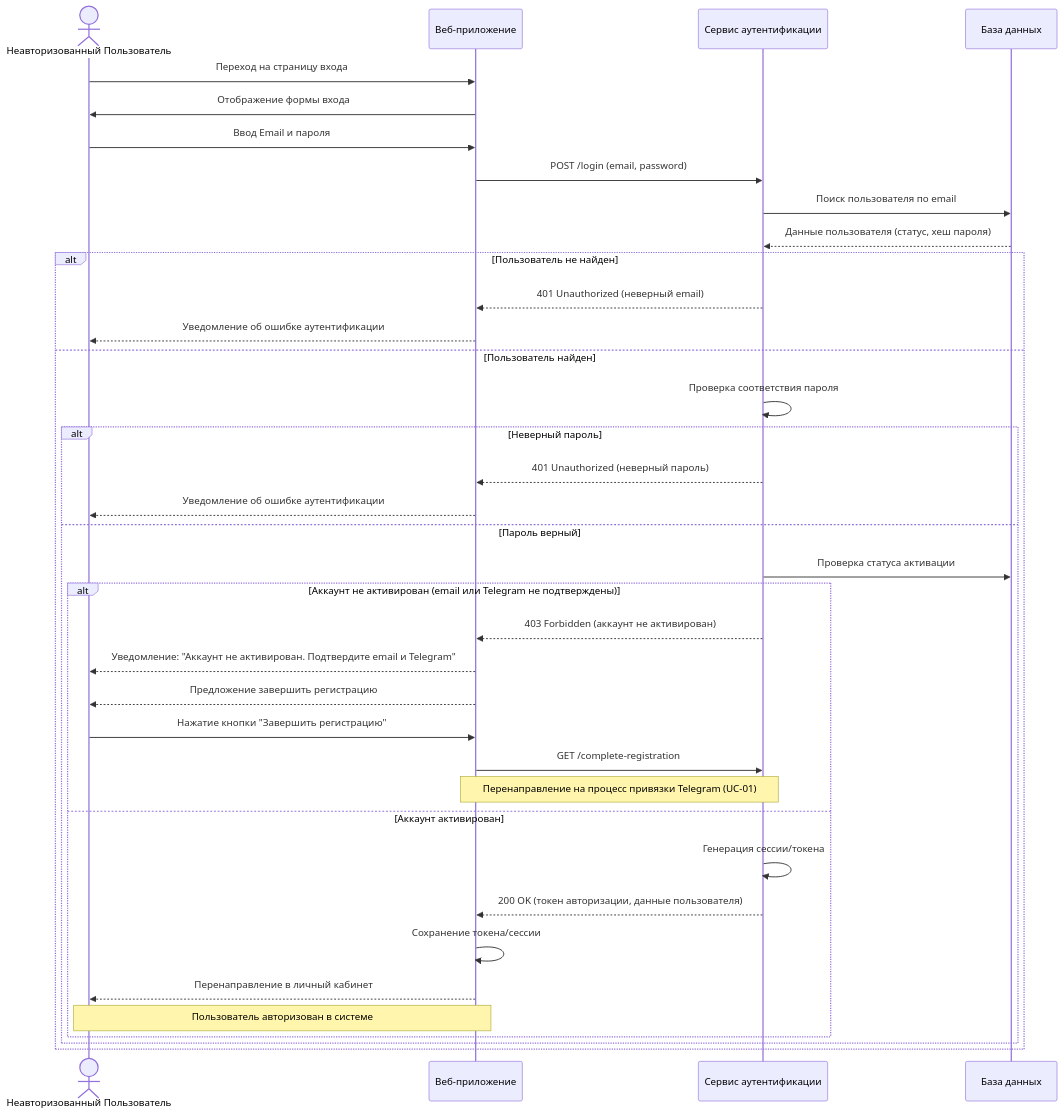
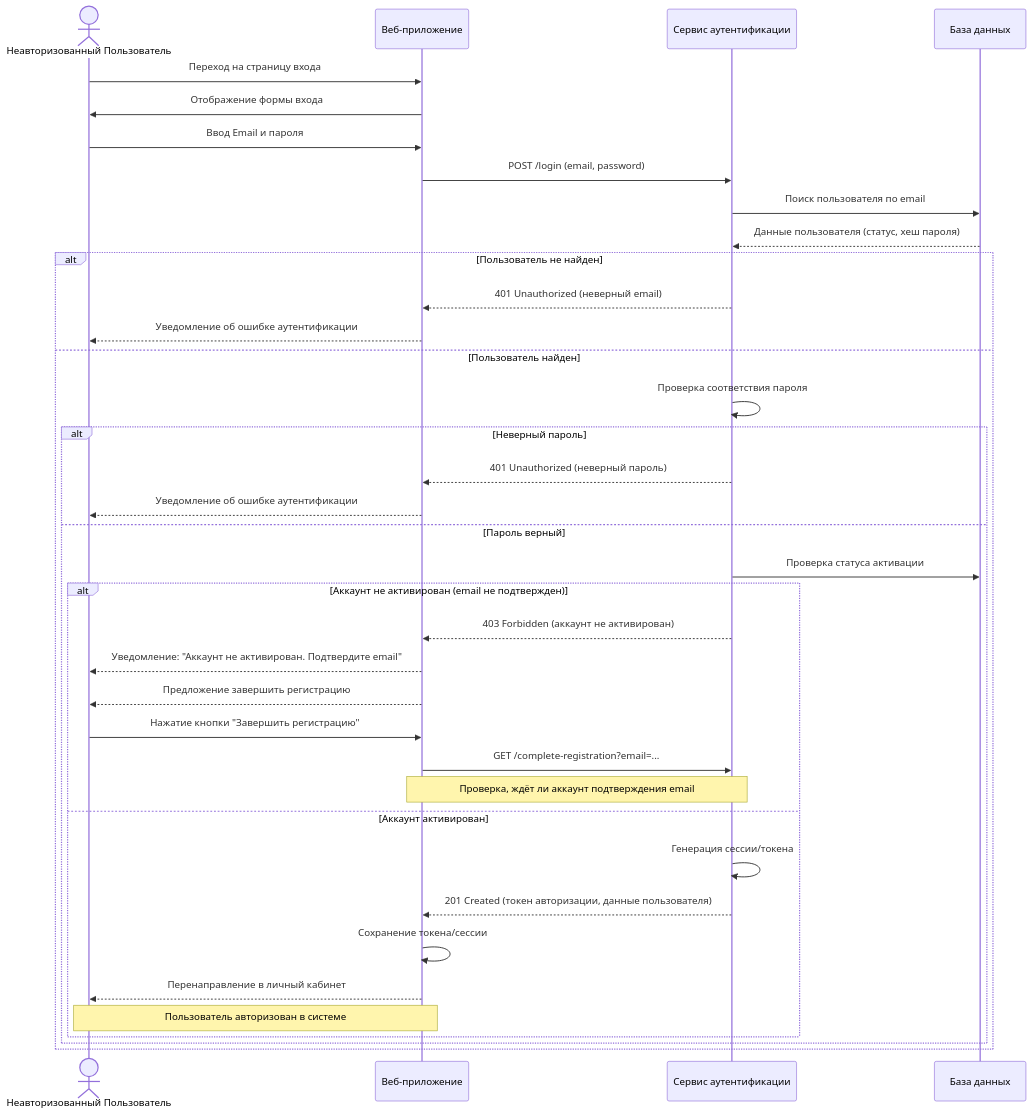
Before and after one commit to Rento-devteam/Rento: the diagram in docs/sequence/UC-02.md, drawn with Mermaid. The commit also changed 6 other files, not shown here.

````diff
--- a/docs/sequence/UC-02.md
+++ b/docs/sequence/UC-02.md
@@ -1,46 +1,46 @@
 ```mermaid
     sequenceDiagram
     actor User as Неавторизованный Пользователь
     participant WebApp as Веб-приложение
     participant AuthService as Сервис аутентификации
     participant Database as База данных
 
     User->>WebApp: Переход на страницу входа
     WebApp->>User: Отображение формы входа
     
     User->>WebApp: Ввод Email и пароля
     WebApp->>AuthService: POST /login (email, password)
     
     AuthService->>Database: Поиск пользователя по email
     Database-->>AuthService: Данные пользователя (статус, хеш пароля)
     
     alt Пользователь не найден
         AuthService-->>WebApp: 401 Unauthorized (неверный email)
         WebApp-->>User: Уведомление об ошибке аутентификации
     else Пользователь найден
         AuthService->>AuthService: Проверка соответствия пароля
         
         alt Неверный пароль
             AuthService-->>WebApp: 401 Unauthorized (неверный пароль)
             WebApp-->>User: Уведомление об ошибке аутентификации
         else Пароль верный
             AuthService->>Database: Проверка статуса активации
             
-            alt Аккаунт не активирован (email или Telegram не подтверждены)
+            alt Аккаунт не активирован (email не подтвержден)
                 AuthService-->>WebApp: 403 Forbidden (аккаунт не активирован)
-                WebApp-->>User: Уведомление: "Аккаунт не активирован. Подтвердите email и Telegram"
+                WebApp-->>User: Уведомление: "Аккаунт не активирован. Подтвердите email"
                 WebApp-->>User: Предложение завершить регистрацию
                 User->>WebApp: Нажатие кнопки "Завершить регистрацию"
-                WebApp->>AuthService: GET /complete-registration
-                Note over WebApp,AuthService: Перенаправление на процесс привязки Telegram (UC-01)
+                WebApp->>AuthService: GET /complete-registration?email=...
+                Note over WebApp,AuthService: Проверка, ждёт ли аккаунт подтверждения email
             else Аккаунт активирован
                 AuthService->>AuthService: Генерация сессии/токена
-                AuthService-->>WebApp: 200 OK (токен авторизации, данные пользователя)
+                AuthService-->>WebApp: 201 Created (токен авторизации, данные пользователя)
                 WebApp->>WebApp: Сохранение токена/сессии
                 WebApp-->>User: Перенаправление в личный кабинет
                 Note over User,WebApp: Пользователь авторизован в системе
             end
         end
     end
 
 ```
````
